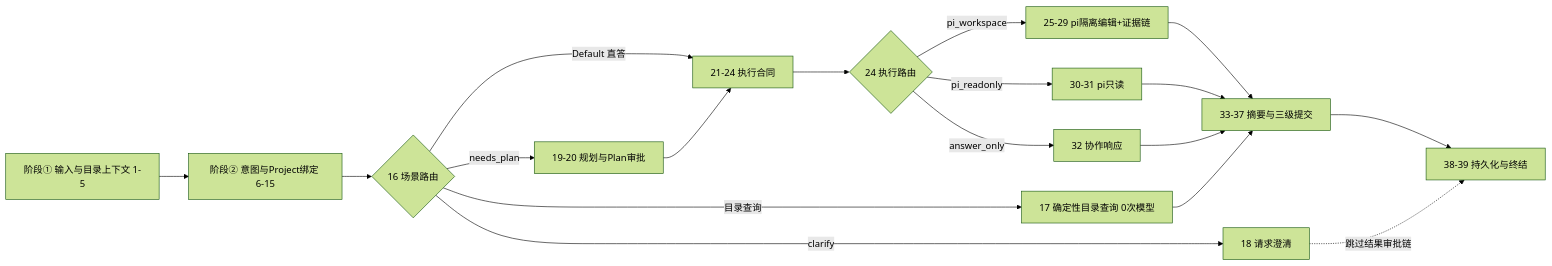
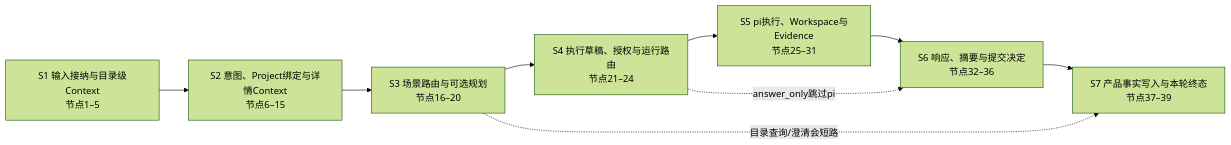
Before and after one commit to later-3/Chat: the first of 2 diagrams in 项目掌握/Workflow架构与ProductAwareWorkflow/持续协作主Workflow的39节点设计.md, drawn with Mermaid (forest theme). The commit also changed other lines of this file and 49 other files, not shown here.

````diff
--- a/项目掌握/Workflow架构与ProductAwareWorkflow/持续协作主Workflow的39节点设计.md
+++ b/项目掌握/Workflow架构与ProductAwareWorkflow/持续协作主Workflow的39节点设计.md
@@ -263,20 +57,13 @@
 ```mermaid
 flowchart LR
-    S1["阶段① 输入与目录上下文 1-5"] --> S2["阶段② 意图与Project绑定 6-15"]
-    S2 --> R1{"16 场景路由"}
-    R1 -->|目录查询| P17["17 确定性目录查询 0次模型"]
-    R1 -->|clarify| P18["18 请求澄清"]
-    R1 -->|needs_plan| S4["19-20 规划与Plan审批"]
-    R1 -->|Default 直答| S4b["21-24 执行合同"]
-    S4 --> S4b
-    S4b --> R2{"24 执行路由"}
-    R2 -->|pi_workspace| S5a["25-29 pi隔离编辑+证据链"]
-    R2 -->|pi_readonly| S5b["30-31 pi只读"]
-    R2 -->|answer_only| S5c["32 协作响应"]
-    S5a --> S6["33-37 摘要与三级提交"]
-    S5b --> S6
-    S5c --> S6
-    P17 --> S6
-    S6 --> S7["38-39 持久化与终结"]
-    P18 -.跳过结果审批链.-> S7
+    S1["S1 输入接纳与目录级Context<br/>节点1–5"]
+    S2["S2 意图、Project绑定与详情Context<br/>节点6–15"]
+    S3["S3 场景路由与可选规划<br/>节点16–20"]
+    S4["S4 执行草稿、授权与运行路由<br/>节点21–24"]
+    S5["S5 pi执行、Workspace与Evidence<br/>节点25–31"]
+    S6["S6 响应、摘要与提交决定<br/>节点32–36"]
+    S7["S7 产品事实写入与本轮终态<br/>节点37–39"]
+    S1 --> S2 --> S3 --> S4 --> S5 --> S6 --> S7
+    S3 -. "目录查询/澄清会短路" .-> S7
+    S4 -. "answer_only跳过pi" .-> S6
 ```
````
